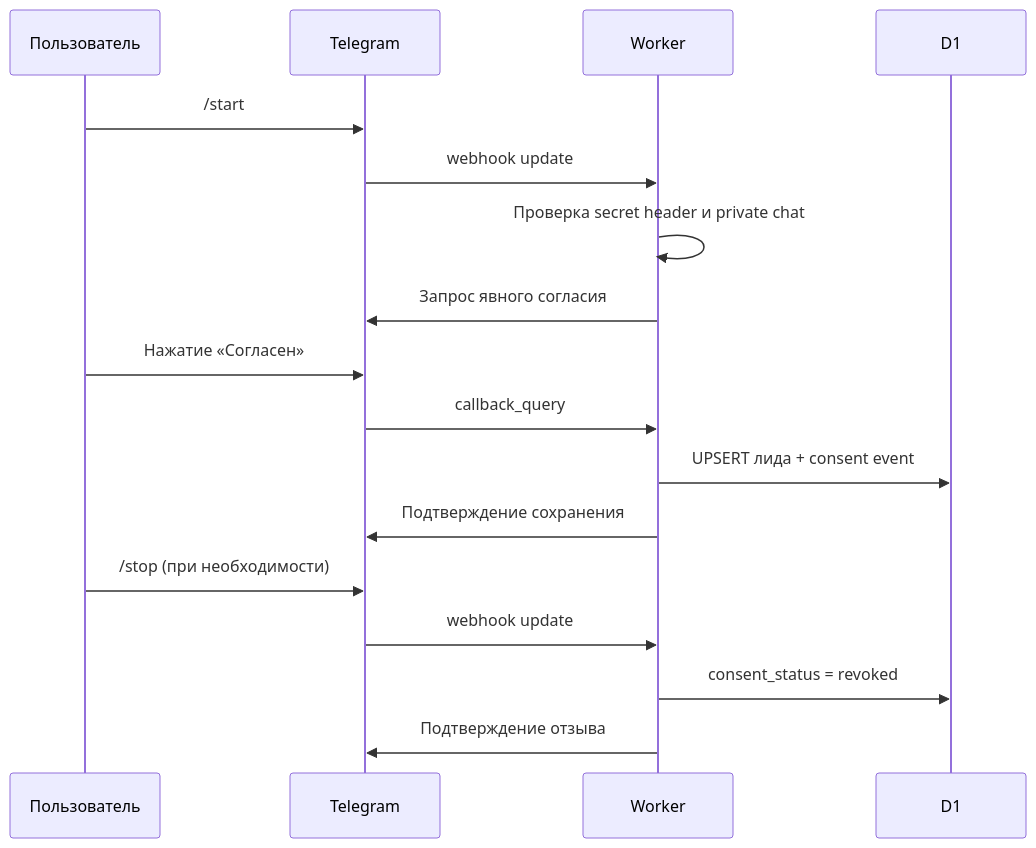
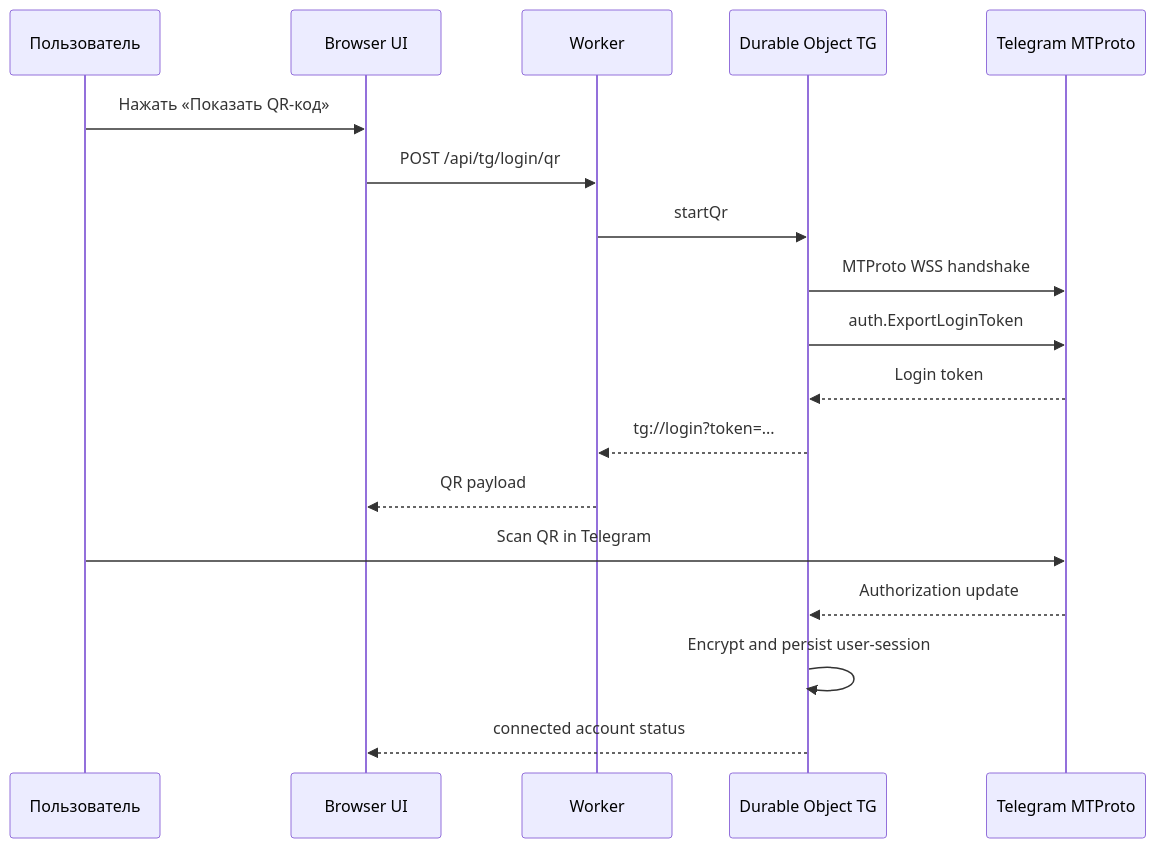
Before and after one commit to stroldek/LD_software: the second of 2 diagrams in docs/ARCHITECTURE.md, drawn with Mermaid. The commit also changed other lines of this file, not shown here.

Commit message:
Rewrite architecture docs for user-session-only Telegram

````diff
--- a/docs/ARCHITECTURE.md
+++ b/docs/ARCHITECTURE.md
@@ -48,19 +58,21 @@
 ```mermaid
 sequenceDiagram
-  participant P as Пользователь
-  participant TG as Telegram
+  participant U as Пользователь
+  participant UI as Browser UI
   participant W as Worker
-  participant D as D1
-  P->>TG: /start
-  TG->>W: webhook update
-  W->>W: Проверка secret header и private chat
-  W->>TG: Запрос явного согласия
-  P->>TG: Нажатие «Согласен»
-  TG->>W: callback_query
-  W->>D: UPSERT лида + consent event
-  W->>TG: Подтверждение сохранения
-  P->>TG: /stop (при необходимости)
-  TG->>W: webhook update
-  W->>D: consent_status = revoked
-  W->>TG: Подтверждение отзыва
+  participant DO as Durable Object TG
+  participant TG as Telegram MTProto
+
+  U->>UI: Нажать «Показать QR-код»
+  UI->>W: POST /api/tg/login/qr
+  W->>DO: startQr
+  DO->>TG: MTProto WSS handshake
+  DO->>TG: auth.ExportLoginToken
+  TG-->>DO: Login token
+  DO-->>W: tg://login?token=...
+  W-->>UI: QR payload
+  U->>TG: Scan QR in Telegram
+  TG-->>DO: Authorization update
+  DO->>DO: Encrypt and persist user-session
+  DO-->>UI: connected account status
 ```
````
